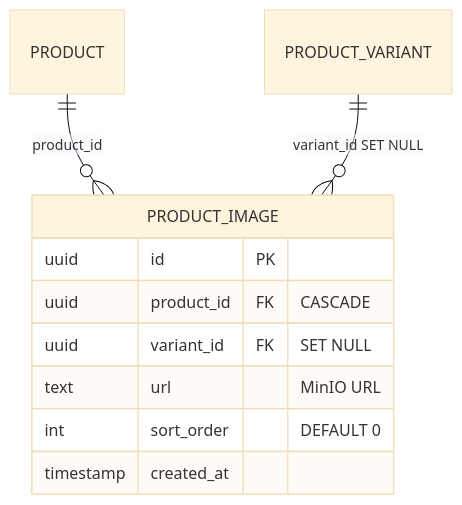
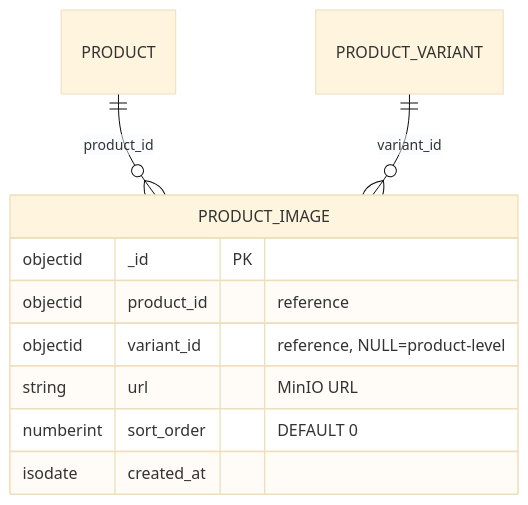
The diagram in documents/data-models/product-service/entity-product-image.md (ldqanh1408/stealing-from-paradise), drawn with Mermaid (base theme) before and after one commit. The commit also changed other lines of this file and 97 other files, not shown here.

Commit message:
chore: update documentation for identity and product services, including new API endpoints and architectural details

````diff
--- a/documents/data-models/product-service/entity-product-image.md
+++ b/documents/data-models/product-service/entity-product-image.md
@@ -11,14 +12,14 @@
 ```mermaid
 erDiagram
     PRODUCT ||--o{ PRODUCT_IMAGE : "product_id"
-    PRODUCT_VARIANT ||--o{ PRODUCT_IMAGE : "variant_id SET NULL"
+    PRODUCT_VARIANT ||--o{ PRODUCT_IMAGE : "variant_id"
 
     PRODUCT_IMAGE {
-        uuid id PK
-        uuid product_id FK "CASCADE"
-        uuid variant_id FK "SET NULL"
-        text url "MinIO URL"
-        int sort_order "DEFAULT 0"
-        timestamp created_at
+        objectid _id PK
+        objectid product_id "reference"
+        objectid variant_id "reference, NULL=product-level"
+        string url "MinIO URL"
+        numberint sort_order "DEFAULT 0"
+        isodate created_at
     }
 ```
````
